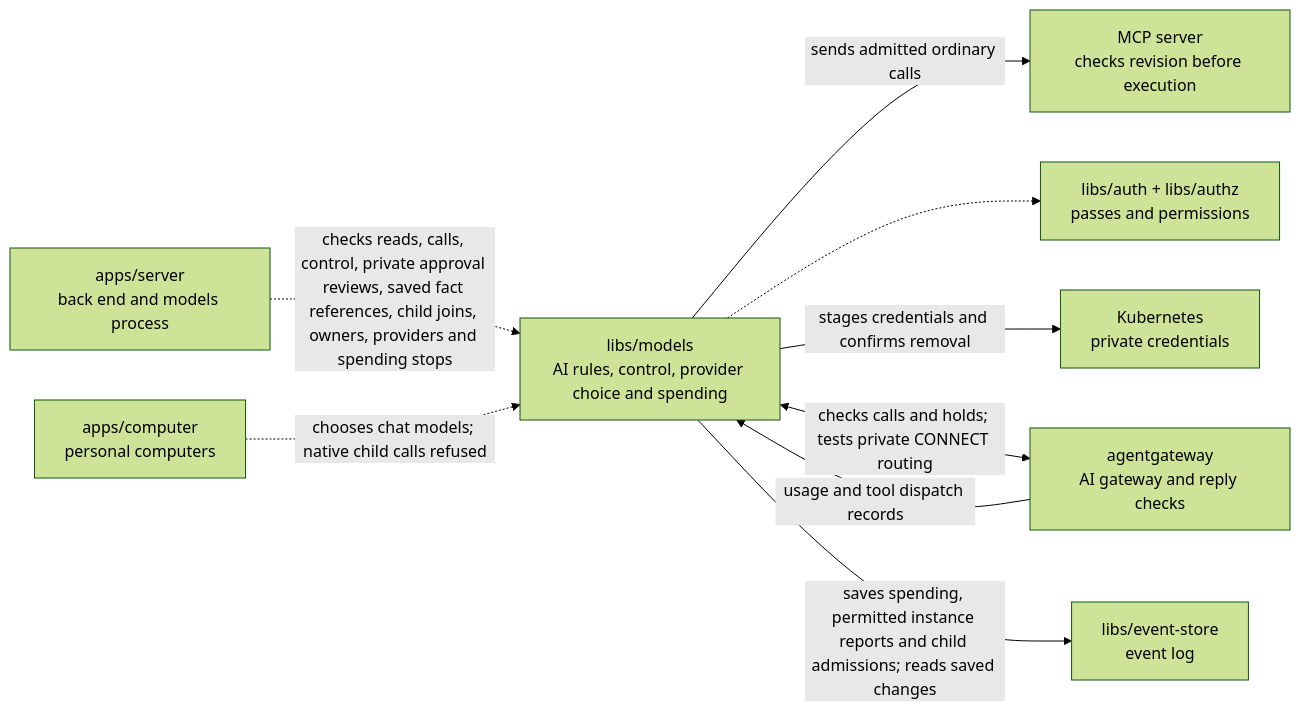
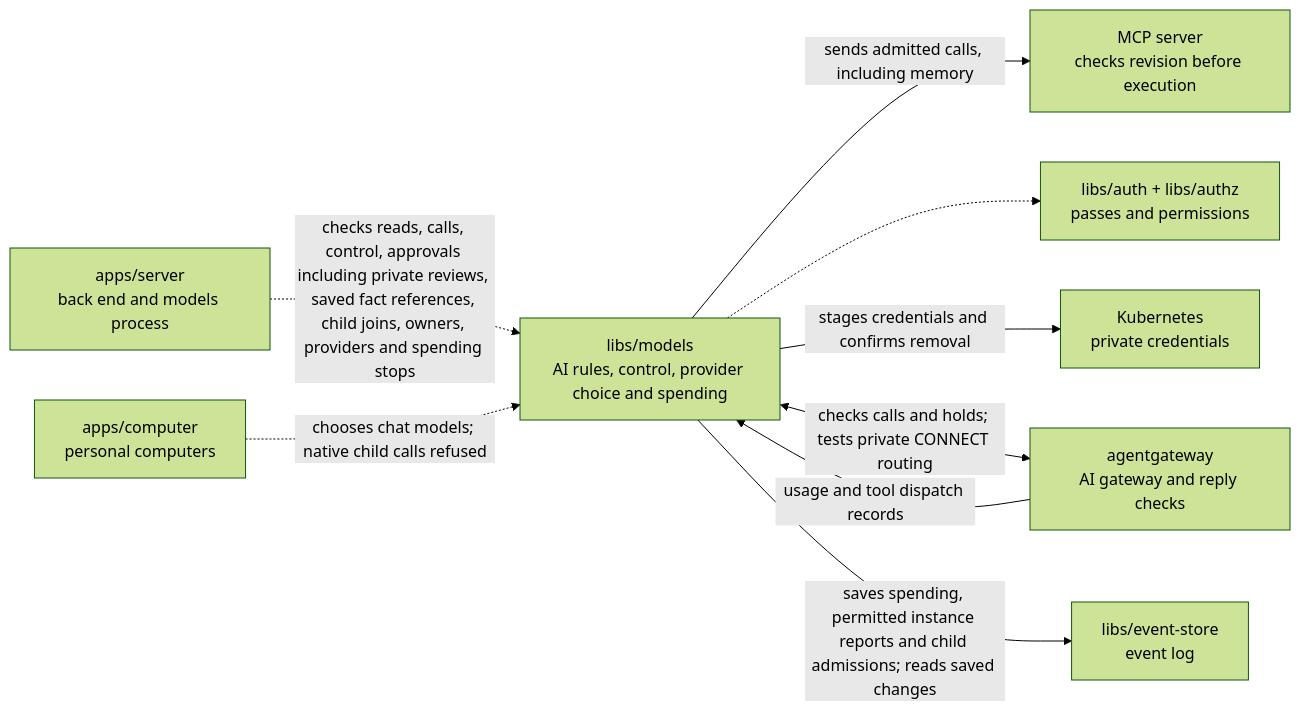
The diagram in libs/models/README.md (elewa-git/opencrane-new), drawn with Mermaid (forest theme) before and after one commit. The commit also changed other lines of this file and 17 other files, not shown here.

Commit message:
🔒 Send memory calls through shared dispatch and consume signed contexts once

````diff
--- a/libs/models/README.md
+++ b/libs/models/README.md
@@ -14,11 +14,11 @@
 ```mermaid
 flowchart LR
-  server["apps/server<br/>back end and models process"] -.->|checks reads, calls, control, private approval reviews, saved fact references, child joins, owners, providers and spending stops| models["libs/models<br/>AI rules, control, provider choice and spending"]
-  models -->|sends admitted ordinary calls| mcp["MCP server<br/>checks revision before execution"]
+  server["apps/server<br/>back end and models process"] -.->|checks reads, calls, control, approvals including private reviews, saved fact references, child joins, owners, providers and spending stops| models["libs/models<br/>AI rules, control, provider choice and spending"]
+  models -->|sends admitted calls, including memory| mcp["MCP server<br/>checks revision before execution"]
   computer["apps/computer<br/>personal computers"] -.->|chooses chat models; native child calls refused| models
   models -.-> auth["libs/auth + libs/authz<br/>passes and permissions"]
   models -->|stages credentials and confirms removal| custody["Kubernetes<br/>private credentials"]
   models <-->|checks calls and holds; tests private CONNECT routing| gateway["agentgateway<br/>AI gateway and reply checks"]
   gateway -->|usage and tool dispatch records| models
   models -->|saves spending, permitted instance reports and child admissions; reads saved changes| store["libs/event-store<br/>event log"]
 ```
````
